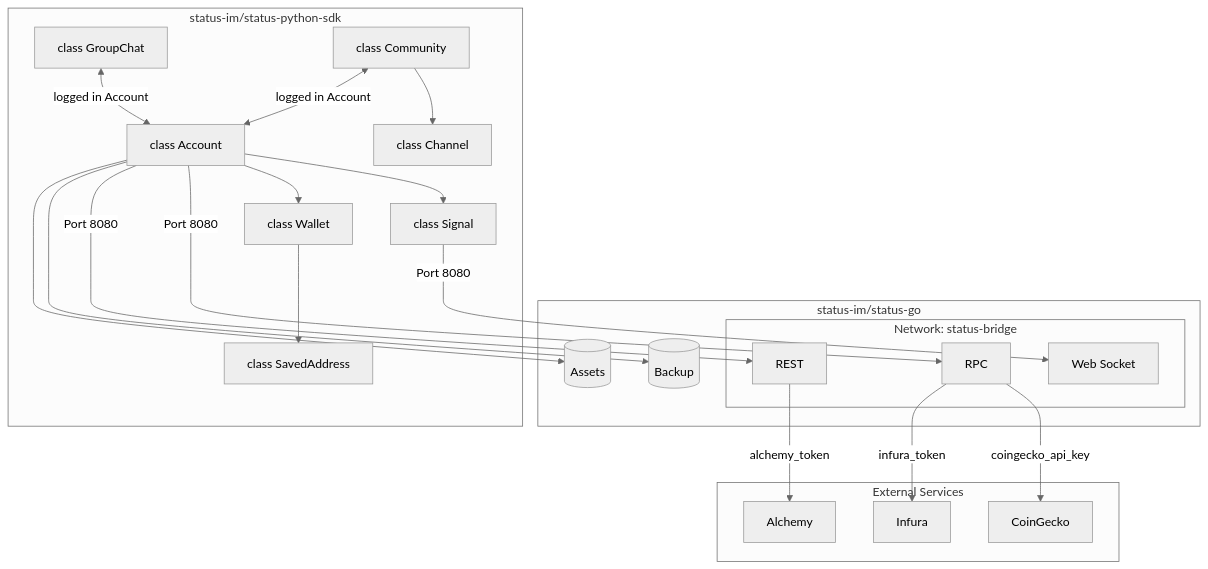
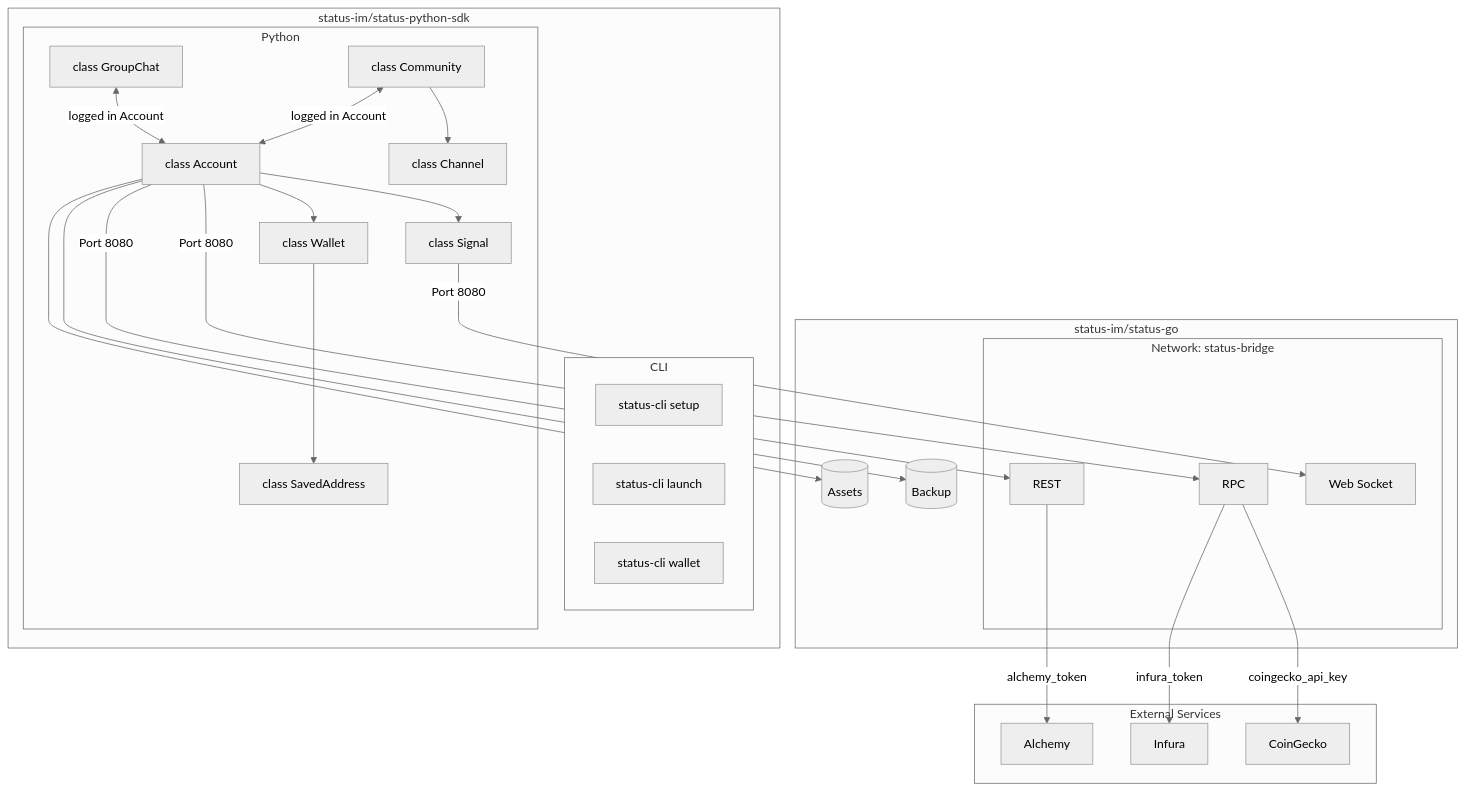
The first of 2 diagrams in README.md (status-im/status-python-sdk), drawn with Mermaid (neutral theme) before and after one commit. The commit also changed 10 other files, not shown here.

Commit message:
cli: wallet functionality

````diff
--- a/README.md
+++ b/README.md
@@ -15,44 +15,51 @@
 ```mermaid
 graph TB
     subgraph backend[status-im/status-go]
         subgraph Endpoints[Network: status-bridge]
            RPC[RPC]
            HTTP[REST]
            SOCKET[Web Socket]
        end
        Vol1[(Backup)]
        Vol2[(Assets)]
-   end
+    end
 
-
-   subgraph bot[status-im/status-python-sdk]
-        GROUP_CHAT[class GroupChat]
-        COMMUNITY[class Community]
-        CHANNEL[class Channel]
-        ACCOUNT[class Account]
-        WALLET[class Wallet]
-        SAVED_ADDRESS[class SavedAddress]
-        SIGNAL[class Signal]
+    subgraph bot[status-im/status-python-sdk]
+        subgraph cli[CLI]
+            CLI_SETUP[status-cli setup]
+            CLI_LAUNCH[status-cli launch]
+            CLI_WALLET[status-cli wallet]
+        end
+        subgraph python[Python]
+            GROUP_CHAT[class GroupChat]
+            COMMUNITY[class Community]
+            CHANNEL[class Channel]
+            ACCOUNT[class Account]
+            WALLET[class Wallet]
+            SAVED_ADDRESS[class SavedAddress]
+            SIGNAL[class Signal]
+        end
     end
 
     subgraph external[External Services]
         COINGECKO[CoinGecko]
         ALCHEMY[Alchemy]
         INFURA[Infura]
     end
 
     COMMUNITY --> CHANNEL
     COMMUNITY <--> |logged in Account| ACCOUNT
     GROUP_CHAT <--> |logged in Account| ACCOUNT
     ACCOUNT --> SIGNAL
     ACCOUNT --> WALLET
     WALLET --> SAVED_ADDRESS
     ACCOUNT --> |Port 8080| RPC
     ACCOUNT --> |Port 8080| HTTP
     SIGNAL --> |Port 8080| SOCKET
     ACCOUNT --> Vol1
     ACCOUNT --> Vol2
     RPC --> |coingecko_api_key| COINGECKO
     RPC --> |infura_token| INFURA
     HTTP --> |alchemy_token| ALCHEMY
+    
 ```
````
